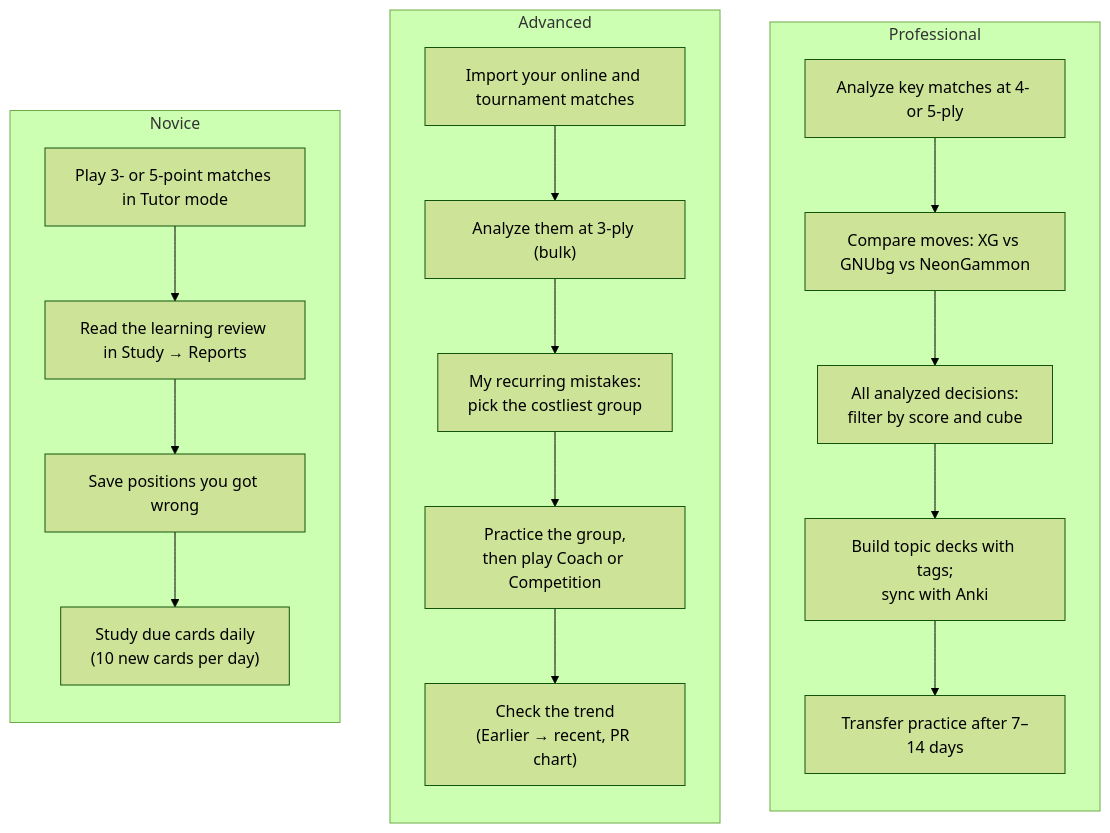
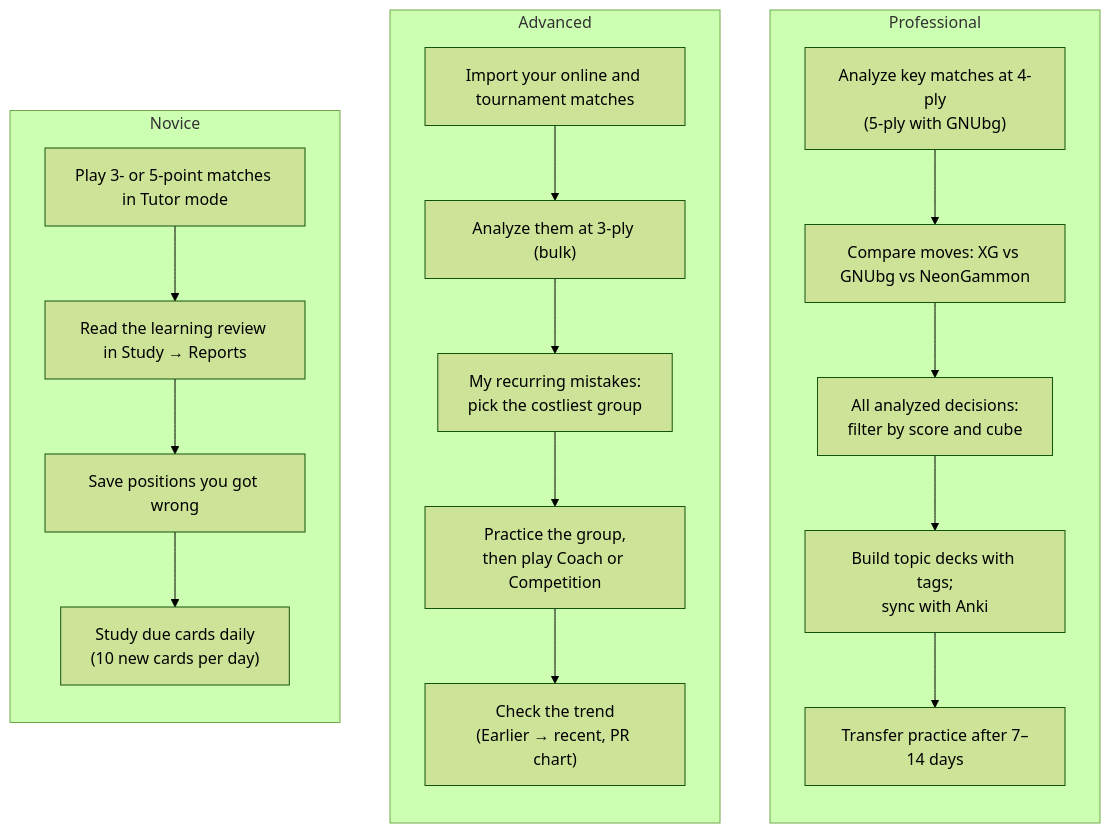
One commit to HendrikReh/neondojo changed the seventh of 7 diagrams in docs/user-guide/README.md. Above: the diagram before and after it, drawn with Mermaid (forest theme). The commit also changed other lines of this file and 55 other files, not shown here.

````diff
--- a/docs/user-guide/README.md
+++ b/docs/user-guide/README.md
@@ -739,21 +741,21 @@
 ```mermaid
 flowchart LR
   subgraph N["Novice"]
     direction TB
     N1["Play 3- or 5-point matches in Tutor mode"] --> N2["Read the learning review in Study → Reports"]
     N2 --> N3["Save positions you got wrong"] --> N4["Study due cards daily<br/>(10 new cards per day)"]
   end
   subgraph A["Advanced"]
     direction TB
     A1["Import your online and tournament matches"] --> A2["Analyze them at 3-ply (bulk)"]
     A2 --> A3["My recurring mistakes:<br/>pick the costliest group"] --> A4["Practice the group,<br/>then play Coach or Competition"]
     A4 --> A5["Check the trend<br/>(Earlier → recent, PR chart)"]
   end
   subgraph P["Professional"]
     direction TB
-    P1["Analyze key matches at 4- or 5-ply"] --> P2["Compare moves: XG vs GNUbg vs NeonGammon"]
+    P1["Analyze key matches at 4-ply<br/>(5-ply with GNUbg)"] --> P2["Compare moves: XG vs GNUbg vs NeonGammon"]
     P2 --> P3["All analyzed decisions:<br/>filter by score and cube"] --> P4["Build topic decks with tags;<br/>sync with Anki"]
     P4 --> P5["Transfer practice after 7–14 days"]
   end
   N ~~~ A ~~~ P
 ```
````
